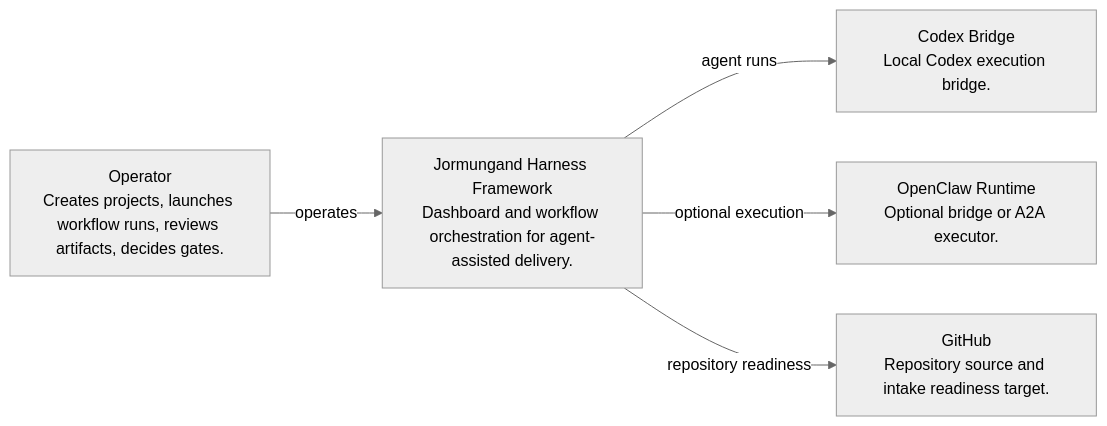
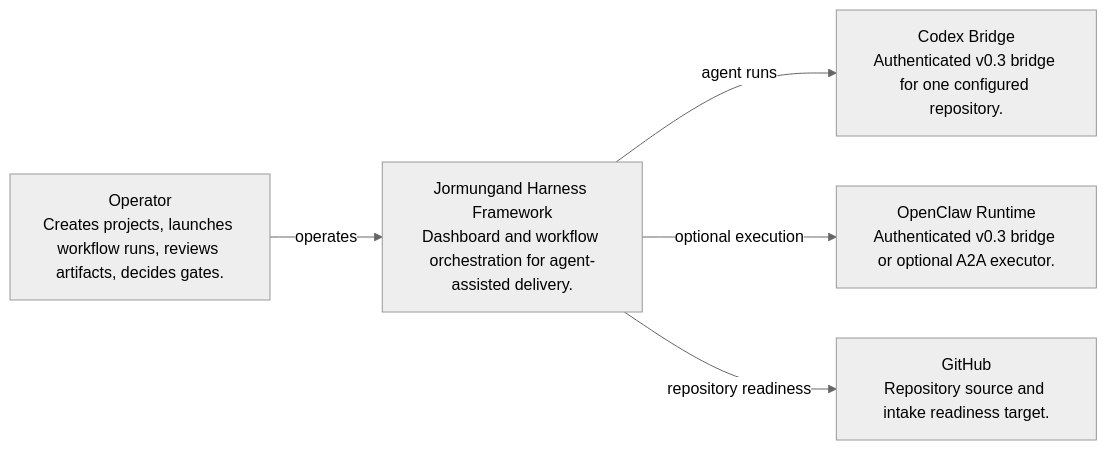
One commit to linderwu/harness-framework changed the diagram in wiki/c4/diagrams/system-context.mmd. Above: the diagram before and after it, drawn with Mermaid (neutral theme). The commit also changed 54 other files, not shown here.

Commit message:
Document production architecture with Ouroboros

```diff
--- a/wiki/c4/diagrams/system-context.mmd
+++ b/wiki/c4/diagrams/system-context.mmd
@@ -1,11 +1,11 @@
 flowchart LR
   %% System Context
   operator["Operator<br/>Creates projects, launches workflow runs, reviews artifacts, decides gates."]
   jormungand["Jormungand Harness Framework<br/>Dashboard and workflow orchestration for agent-assisted delivery."]
-  codex["Codex Bridge<br/>Local Codex execution bridge."]
-  openclaw["OpenClaw Runtime<br/>Optional bridge or A2A executor."]
+  codex["Codex Bridge<br/>Authenticated v0.3 bridge for one configured repository."]
+  openclaw["OpenClaw Runtime<br/>Authenticated v0.3 bridge or optional A2A executor."]
   github["GitHub<br/>Repository source and intake readiness target."]
   operator -->|"operates"| jormungand
   jormungand -->|"agent runs"| codex
   jormungand -->|"optional execution"| openclaw
   jormungand -->|"repository readiness"| github
```
